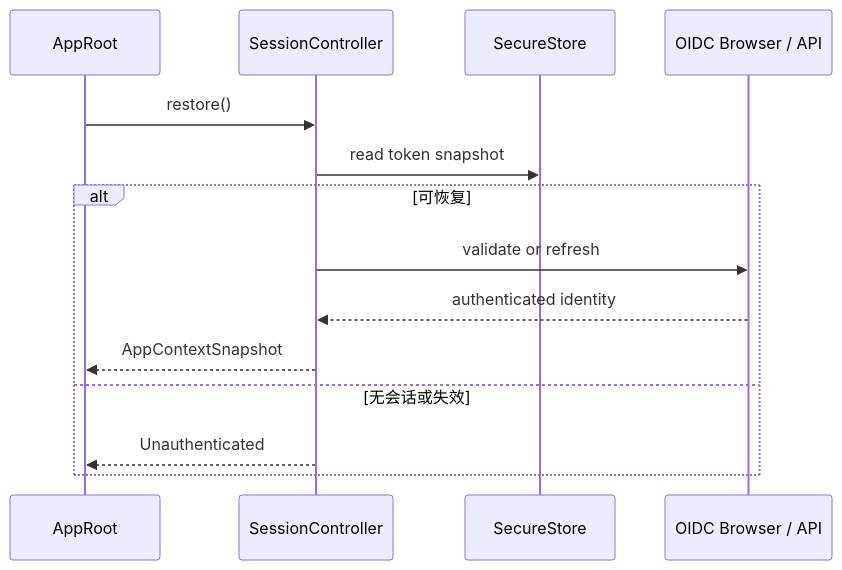
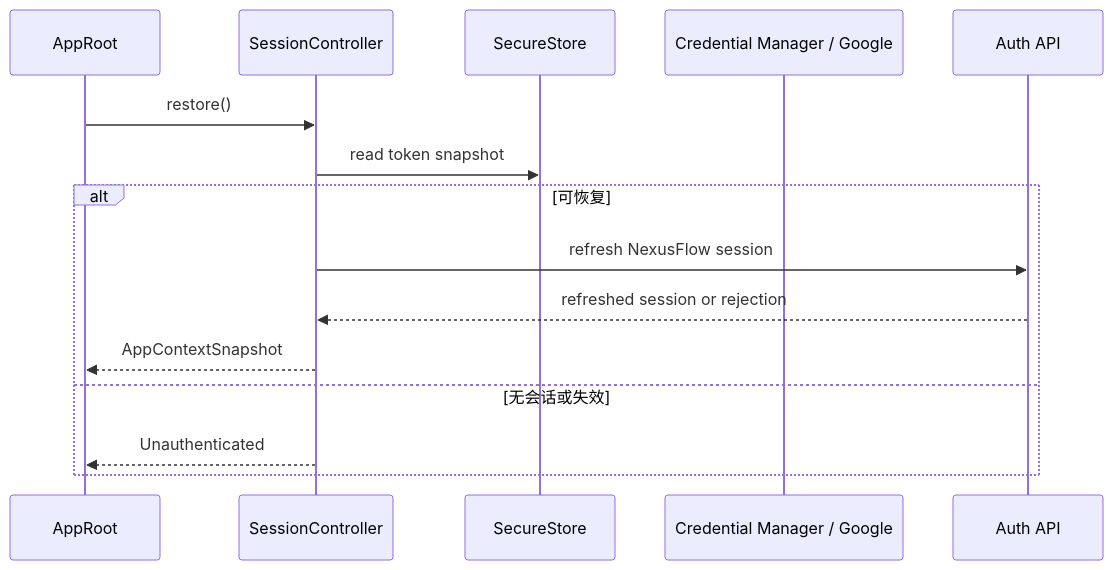
The third of 20 diagrams in docs/v0.1/app-module-technical-plan.md (lunaticzzhg/NexusFlow), drawn with Mermaid before and after one commit. The commit also changed other lines of this file and 125 other files, not shown here.

Commit message:
feat(auth): establish Google session login foundation

````diff
--- a/docs/v0.1/app-module-technical-plan.md
+++ b/docs/v0.1/app-module-technical-plan.md
@@ -102,16 +104,17 @@
 ```mermaid
 sequenceDiagram
     participant App as AppRoot
     participant S as SessionController
     participant Store as SecureStore
-    participant Auth as OIDC Browser / API
+    participant Google as Credential Manager / Google
+    participant Auth as Auth API
     App->>S: restore()
     S->>Store: read token snapshot
     alt 可恢复
-        S->>Auth: validate or refresh
-        Auth-->>S: authenticated identity
+        S->>Auth: refresh NexusFlow session
+        Auth-->>S: refreshed session or rejection
         S-->>App: AppContextSnapshot
     else 无会话或失效
         S-->>App: Unauthenticated
     end
 ```
````
